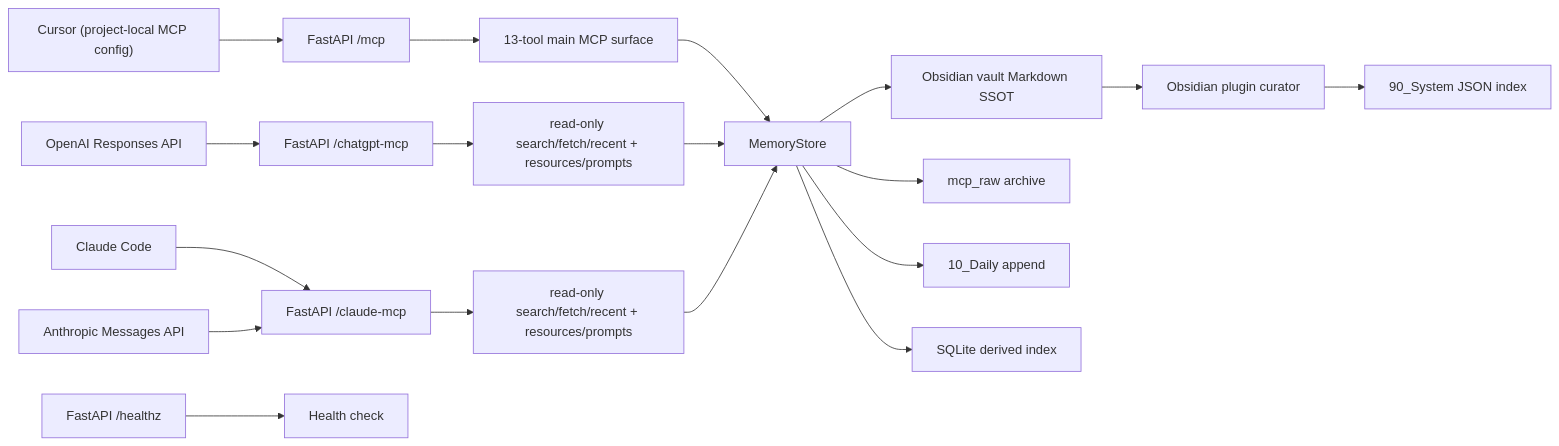
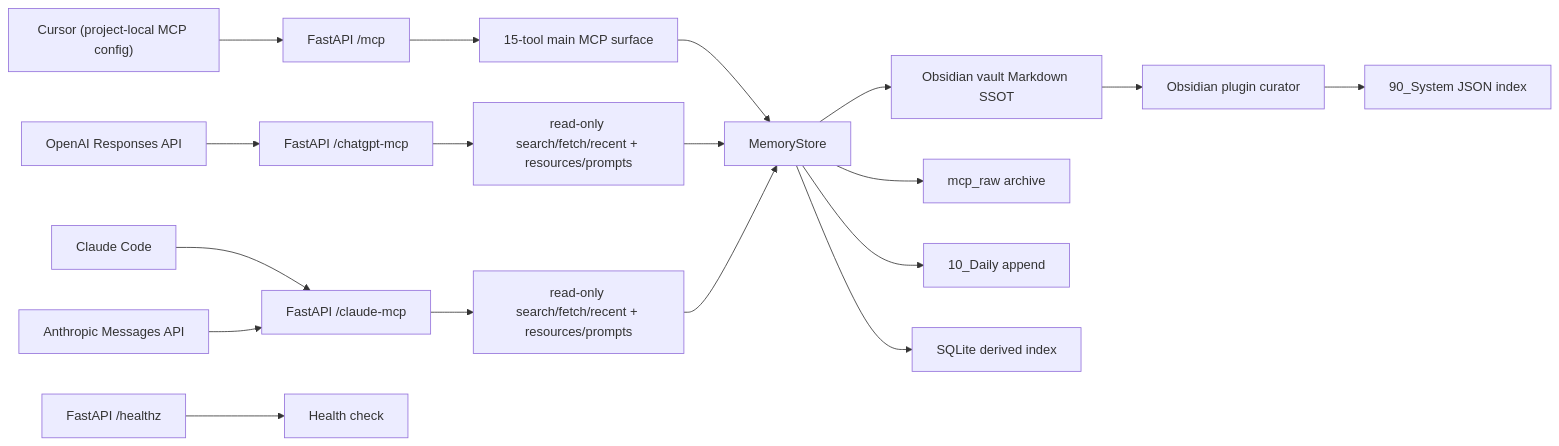
The first of 4 diagrams in README.md (macho715/mcp_obsi), drawn with Mermaid before and after one commit. The commit also changed other lines of this file and 27 other files, not shown here.

````diff
--- a/README.md
+++ b/README.md
@@ -294,27 +342,27 @@
 ```mermaid
 flowchart LR
     Cursor["Cursor (project-local MCP config)"]
     Claude["Claude Code"]
     OpenAI["OpenAI Responses API"]
     Anthropic["Anthropic Messages API"]
 
     Cursor --> MCP["FastAPI /mcp"]
     Claude --> CMCP["FastAPI /claude-mcp"]
     OpenAI --> GMCP["FastAPI /chatgpt-mcp"]
     Anthropic --> CMCP
 
-    MCP --> Tools["13-tool main MCP surface"]
+    MCP --> Tools["15-tool main MCP surface"]
     GMCP --> GTools["read-only search/fetch/recent + resources/prompts"]
     CMCP --> CTools["read-only search/fetch/recent + resources/prompts"]
     Tools --> MemoryStore[MemoryStore]
     GTools --> MemoryStore
     CTools --> MemoryStore
     MemoryStore --> Vault["Obsidian vault Markdown SSOT"]
     MemoryStore --> Raw["mcp_raw archive"]
     MemoryStore --> Daily["10_Daily append"]
     MemoryStore --> Index["SQLite derived index"]
     Vault --> Plugin["Obsidian plugin curator"]
     Plugin --> SystemIndex["90_System JSON index"]
 
     Healthz["FastAPI /healthz"] --> Ops["Health check"]
 ```
````
